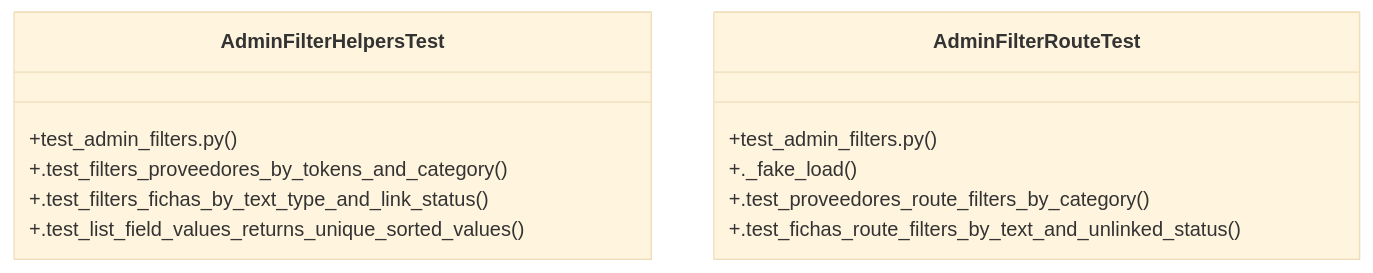
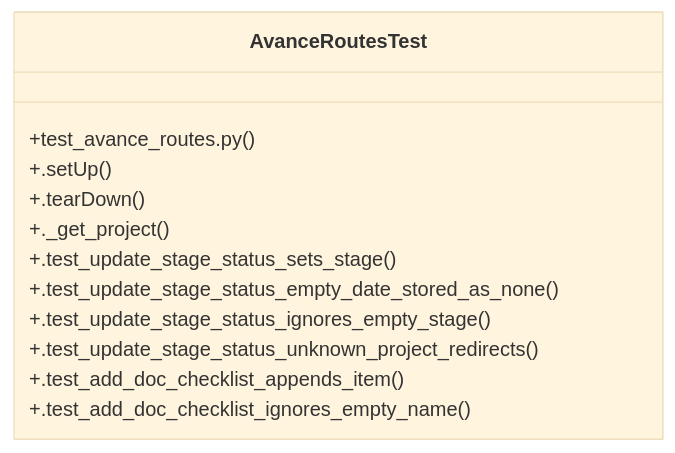
One commit to Daftrick/ProjectTracker changed the diagram in graphify-out/wiki/Community_22.md. Above: the diagram before and after it, drawn with Mermaid (base theme). The commit also changed other lines of this file and 544 other files, not shown here.

````diff
--- a/graphify-out/wiki/Community_22.md
+++ b/graphify-out/wiki/Community_22.md
@@ -33,15 +29,15 @@
 ```mermaid
 classDiagram
-    class AdminFilterHelpersTest {
-        +test_admin_filters.py()
-        +.test_filters_proveedores_by_tokens_and_category()
-        +.test_filters_fichas_by_text_type_and_link_status()
-        +.test_list_field_values_returns_unique_sorted_values()
-    }
-    class AdminFilterRouteTest {
-        +test_admin_filters.py()
-        +._fake_load()
-        +.test_proveedores_route_filters_by_category()
-        +.test_fichas_route_filters_by_text_and_unlinked_status()
+    class AvanceRoutesTest {
+        +test_avance_routes.py()
+        +.setUp()
+        +.tearDown()
+        +._get_project()
+        +.test_update_stage_status_sets_stage()
+        +.test_update_stage_status_empty_date_stored_as_none()
+        +.test_update_stage_status_ignores_empty_stage()
+        +.test_update_stage_status_unknown_project_redirects()
+        +.test_add_doc_checklist_appends_item()
+        +.test_add_doc_checklist_ignores_empty_name()
     }
 ```
````
